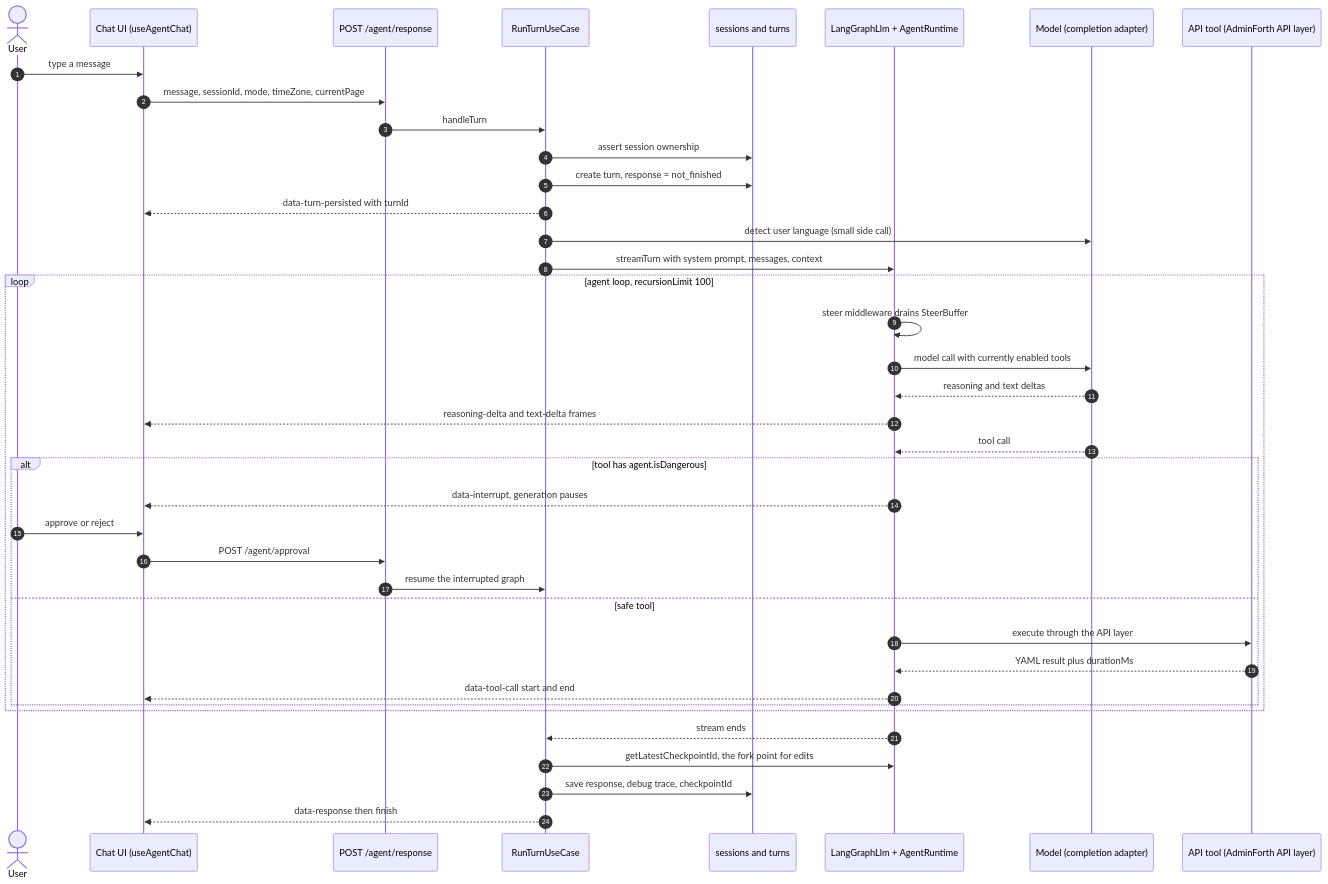
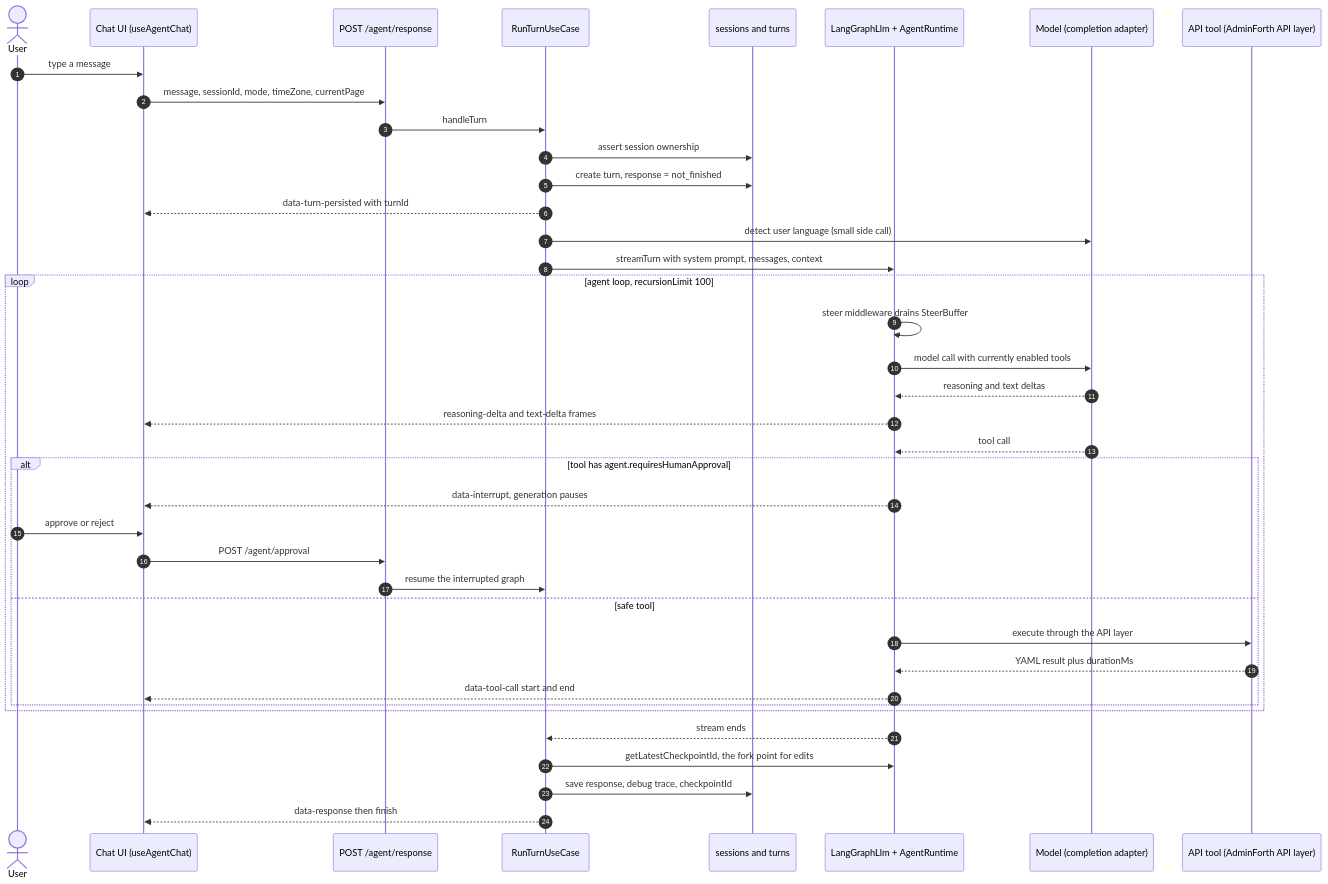
The second of 3 diagrams in README.md (devforth/adminforth-agent), drawn with Mermaid before and after one commit. The commit also changed other lines of this file and 7 other files, not shown here.

Commit message:
feat: hide agent endpoints from tools, rename isDangerous to requiresHumanApproval

````diff
--- a/README.md
+++ b/README.md
@@ -91,44 +91,44 @@
 ```mermaid
 sequenceDiagram
     autonumber
     actor U as User
     participant UI as Chat UI (useAgentChat)
     participant EP as POST /agent/response
     participant UC as RunTurnUseCase
     participant DB as sessions and turns
     participant LLM as LangGraphLlm + AgentRuntime
     participant M as Model (completion adapter)
     participant T as API tool (AdminForth API layer)
 
     U->>UI: type a message
     UI->>EP: message, sessionId, mode, timeZone, currentPage
     EP->>UC: handleTurn
     UC->>DB: assert session ownership
     UC->>DB: create turn, response = not_finished
     UC-->>UI: data-turn-persisted with turnId
     UC->>M: detect user language (small side call)
     UC->>LLM: streamTurn with system prompt, messages, context
 
     loop agent loop, recursionLimit 100
         LLM->>LLM: steer middleware drains SteerBuffer
         LLM->>M: model call with currently enabled tools
         M-->>LLM: reasoning and text deltas
         LLM-->>UI: reasoning-delta and text-delta frames
         M-->>LLM: tool call
-        alt tool has agent.isDangerous
+        alt tool has agent.requiresHumanApproval
             LLM-->>UI: data-interrupt, generation pauses
             U->>UI: approve or reject
             UI->>EP: POST /agent/approval
             EP->>UC: resume the interrupted graph
         else safe tool
             LLM->>T: execute through the API layer
             T-->>LLM: YAML result plus durationMs
             LLM-->>UI: data-tool-call start and end
         end
     end
 
     LLM-->>UC: stream ends
     UC->>LLM: getLatestCheckpointId, the fork point for edits
     UC->>DB: save response, debug trace, checkpointId
     UC-->>UI: data-response then finish
 ```
````
